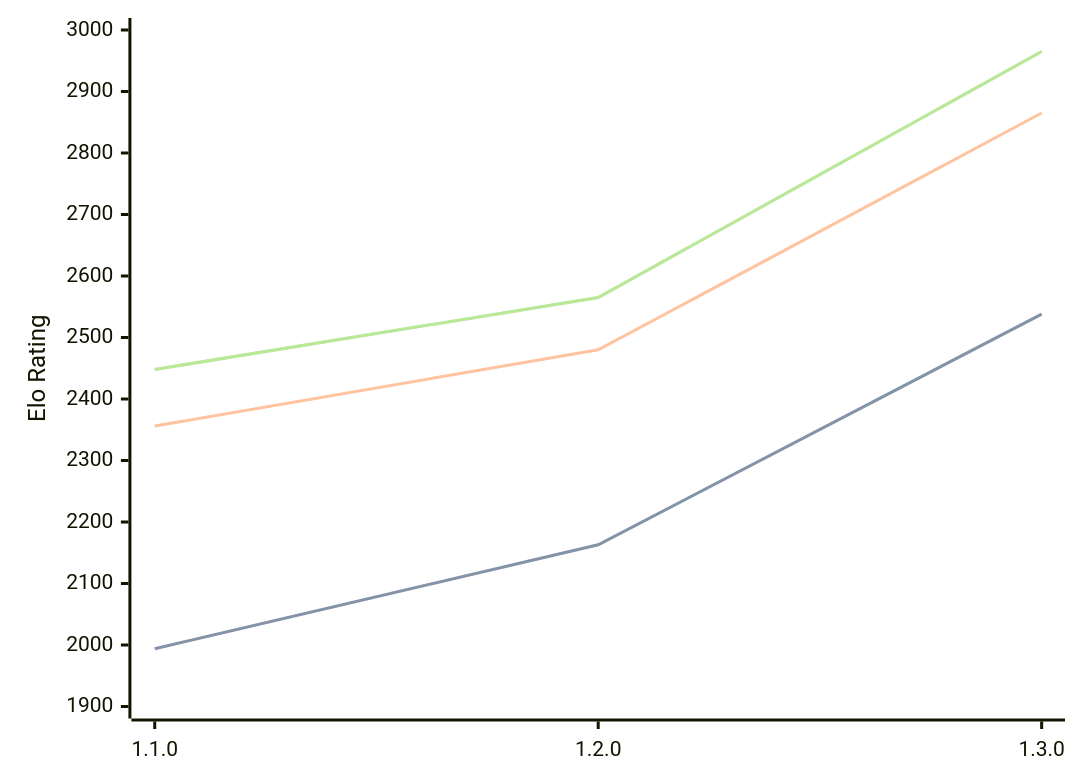
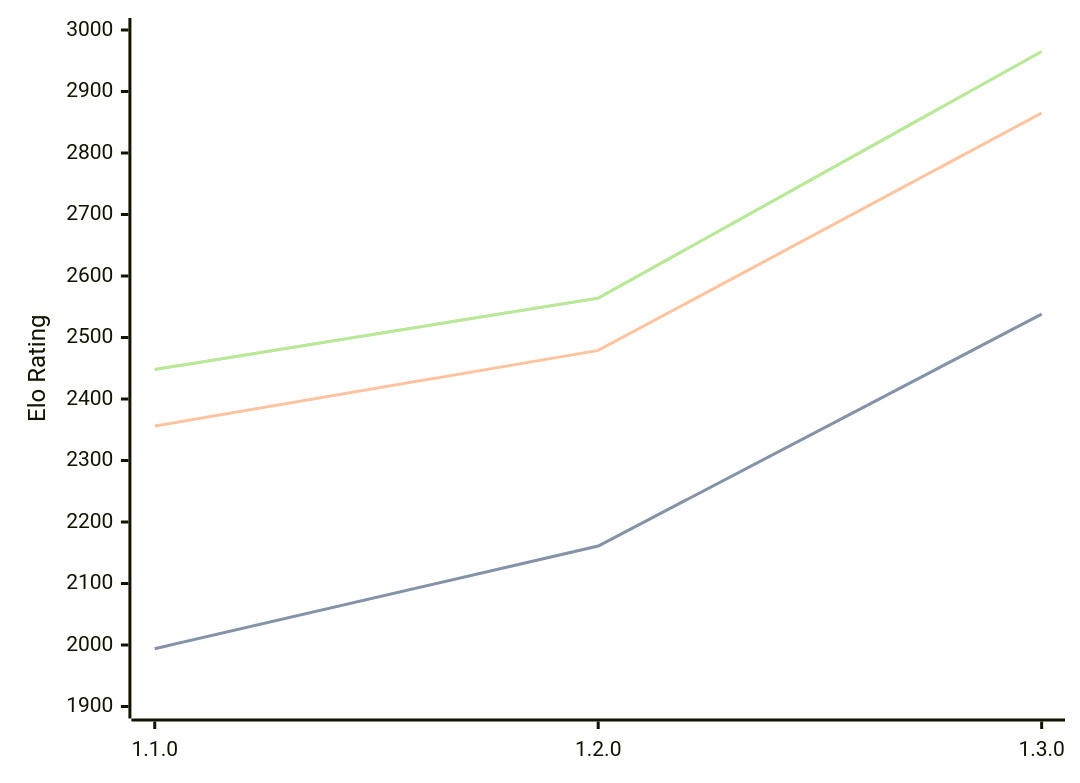
Before and after one commit to computer-chess-index/cci: the diagram in engines/Gyatso.md, drawn with Mermaid. The commit also changed other lines of this file, not shown here.

Commit message:
Update CCI Ratings (ELO VLTC) - 2026-04-21

````diff
--- a/engines/Gyatso.md
+++ b/engines/Gyatso.md
@@ -34,11 +34,11 @@
 ```mermaid
 %%{init: {"theme":"base","themeVariables":{"seriesColors:['#a3a3a3','#222221','#faa371']}}}%%
 xychart-beta
   x-axis ["1.1.0", "1.2.0", "1.3.0"]
   y-axis "Elo Rating" 1900 --> 3000
-  line "STC (8.0+0.08s)" [1994, 2163, 2538]
-  line "STC (8.0+0.08s)" [1994, 2163, 2538]
-  line "LTC (60.0+0.60s)" [2356, 2480, 2865]
-  line "VLTC (2m24s+1.12s)" [2448, 2565, 2965]
-  line "VLTC (2m24s+1.12s)" [2448, 2565, 2965]
+  line "STC (8.0+0.08s)" [1994, 2161, 2538]
+  line "STC (8.0+0.08s)" [1994, 2161, 2538]
+  line "LTC (60.0+0.60s)" [2356, 2479, 2865]
+  line "VLTC (2m24s+1.12s)" [2448, 2564, 2965]
+  line "VLTC (2m24s+1.12s)" [2448, 2564, 2965]
 ```
````
